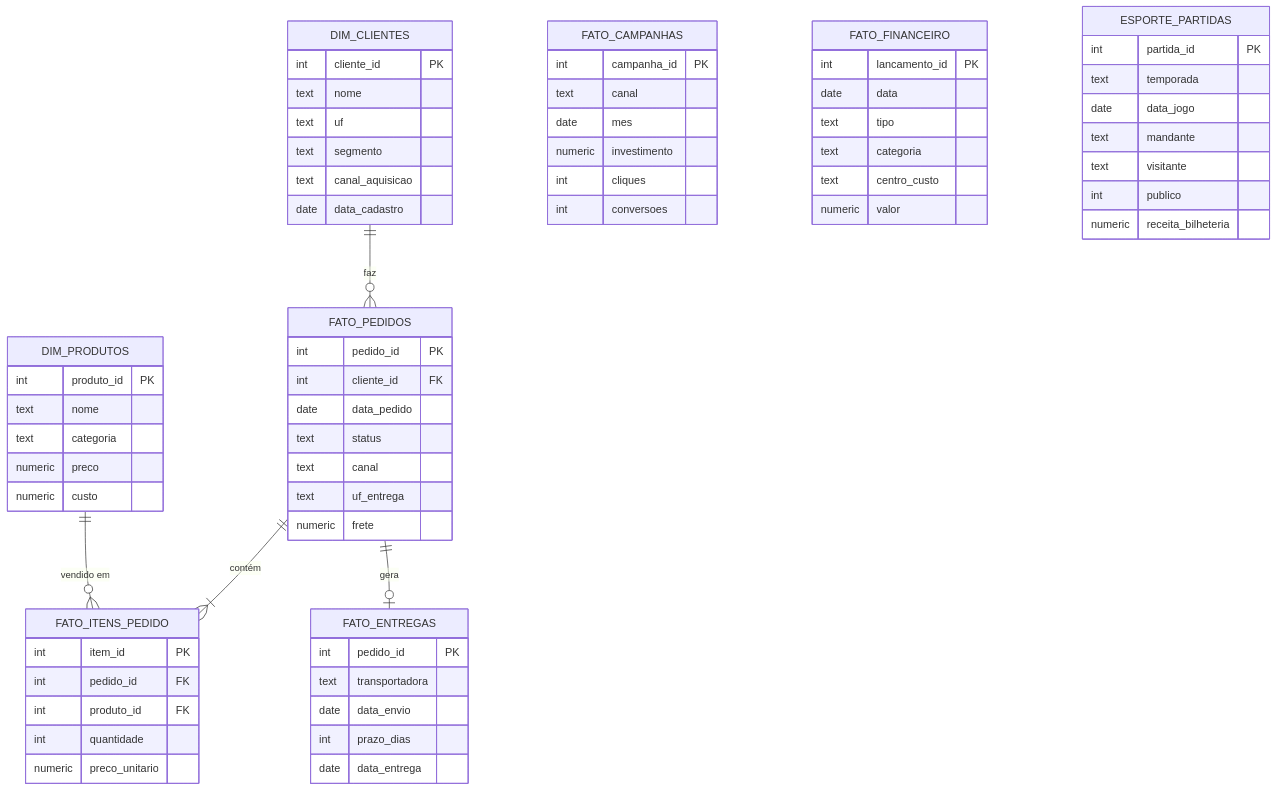
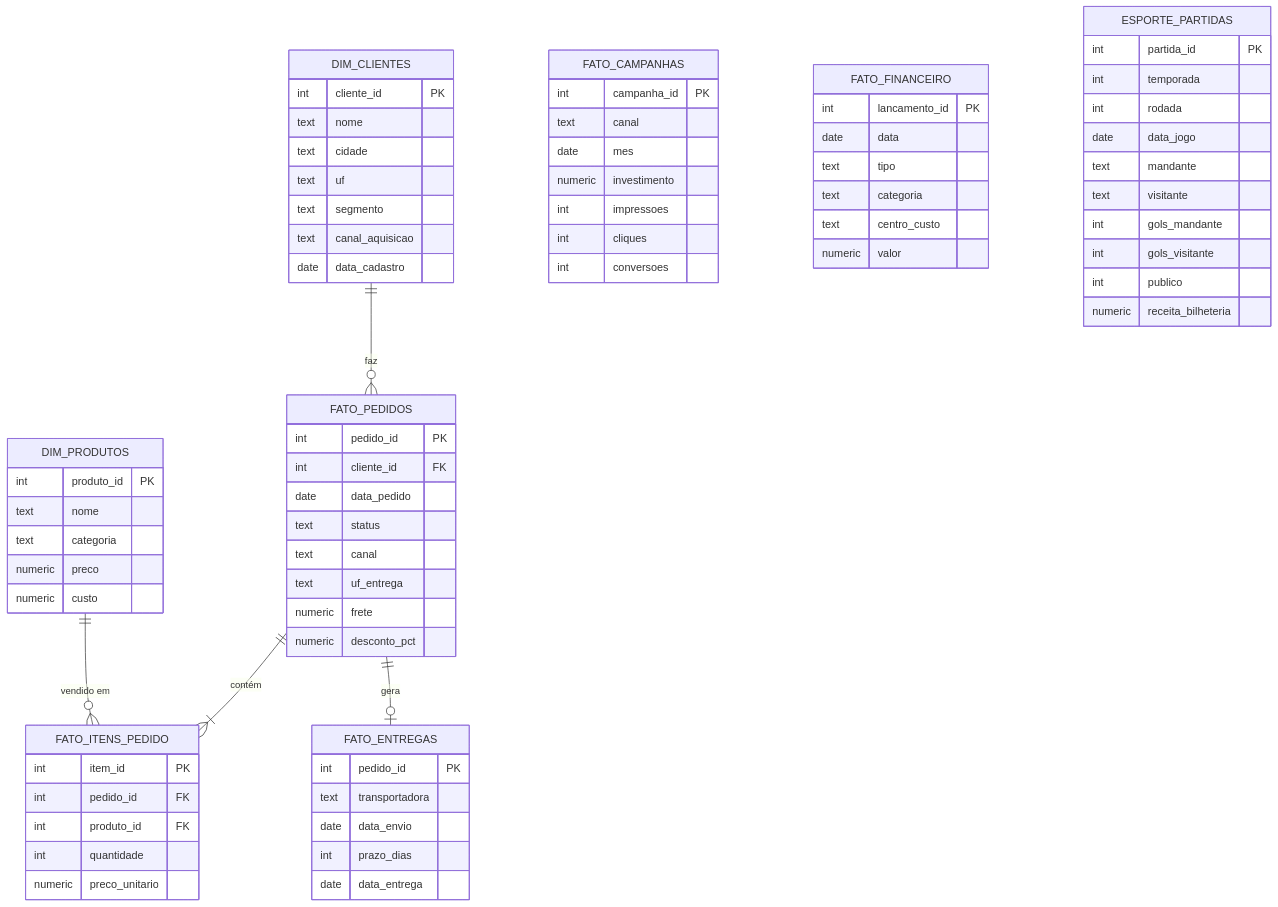
One commit to ehpessoa/dafa changed the diagram in toolkit/templates/diagram/d-er-modelo.md. Above: the diagram before and after it, drawn with Mermaid. The commit also changed 18 other files, not shown here.

First line of the commit message:
Dicionário de dados: Excel, doc, aba no dataset, ER completo e vínculo aos dias 1, 6, 7, 8 e 11 (migração 008)

````diff
--- a/toolkit/templates/diagram/d-er-modelo.md
+++ b/toolkit/templates/diagram/d-er-modelo.md
@@ -3,54 +3,60 @@
 ```mermaid
 erDiagram
   DIM_CLIENTES ||--o{ FATO_PEDIDOS : "faz"
   FATO_PEDIDOS ||--|{ FATO_ITENS_PEDIDO : "contém"
   DIM_PRODUTOS ||--o{ FATO_ITENS_PEDIDO : "vendido em"
   FATO_PEDIDOS ||--o| FATO_ENTREGAS : "gera"
   DIM_CLIENTES { int cliente_id PK
     text nome
+    text cidade
     text uf
     text segmento
     text canal_aquisicao
     date data_cadastro }
   DIM_PRODUTOS { int produto_id PK
     text nome
     text categoria
     numeric preco
     numeric custo }
   FATO_PEDIDOS { int pedido_id PK
     int cliente_id FK
     date data_pedido
     text status
     text canal
     text uf_entrega
-    numeric frete }
+    numeric frete
+    numeric desconto_pct }
   FATO_ITENS_PEDIDO { int item_id PK
     int pedido_id FK
     int produto_id FK
     int quantidade
     numeric preco_unitario }
   FATO_ENTREGAS { int pedido_id PK
     text transportadora
     date data_envio
     int prazo_dias
     date data_entrega }
   FATO_CAMPANHAS { int campanha_id PK
     text canal
     date mes
     numeric investimento
+    int impressoes
     int cliques
     int conversoes }
   FATO_FINANCEIRO { int lancamento_id PK
     date data
     text tipo
     text categoria
     text centro_custo
     numeric valor }
   ESPORTE_PARTIDAS { int partida_id PK
-    text temporada
+    int temporada
+    int rodada
     date data_jogo
     text mandante
     text visitante
+    int gols_mandante
+    int gols_visitante
     int publico
     numeric receita_bilheteria }
 ```
````
